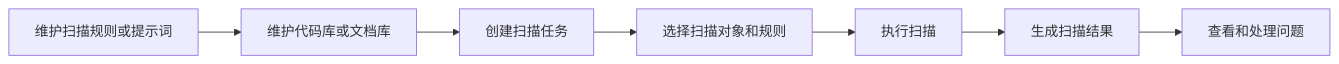
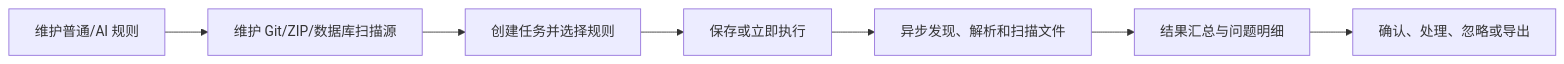
Before and after one commit to tjqing/scanning-center: the first of 2 diagrams in ai-agent/spec/扫描中心-总体方案.md, drawn with Mermaid. The commit also changed other lines of this file and 1 other file, not shown here.

````diff
--- a/ai-agent/spec/扫描中心-总体方案.md
+++ b/ai-agent/spec/扫描中心-总体方案.md
@@ -20,9 +20,9 @@
 ```mermaid
 flowchart LR
-    A["维护扫描规则或提示词"] --> B["维护代码库或文档库"]
-    B --> C["创建扫描任务"]
-    C --> D["选择扫描对象和规则"]
-    D --> E["执行扫描"]
-    E --> F["生成扫描结果"]
-    F --> G["查看和处理问题"]
+    A["维护普通/AI 规则"] --> B["维护 Git/ZIP/数据库扫描源"]
+    B --> C["创建任务并选择规则"]
+    C --> D["保存或立即执行"]
+    D --> E["异步发现、解析和扫描文件"]
+    E --> F["结果汇总与问题明细"]
+    F --> G["确认、处理、忽略或导出"]
 ```
````
